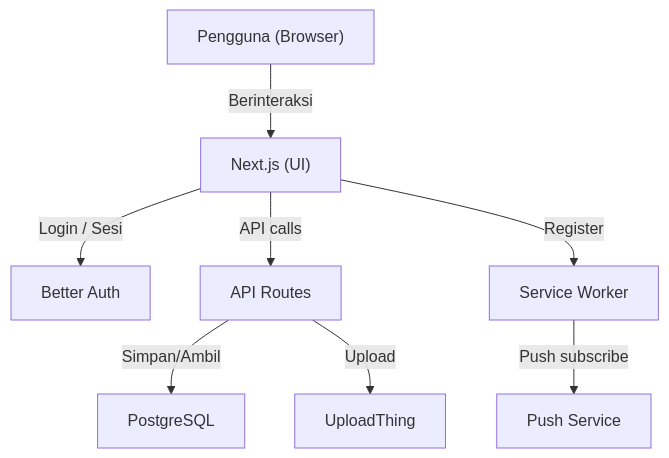
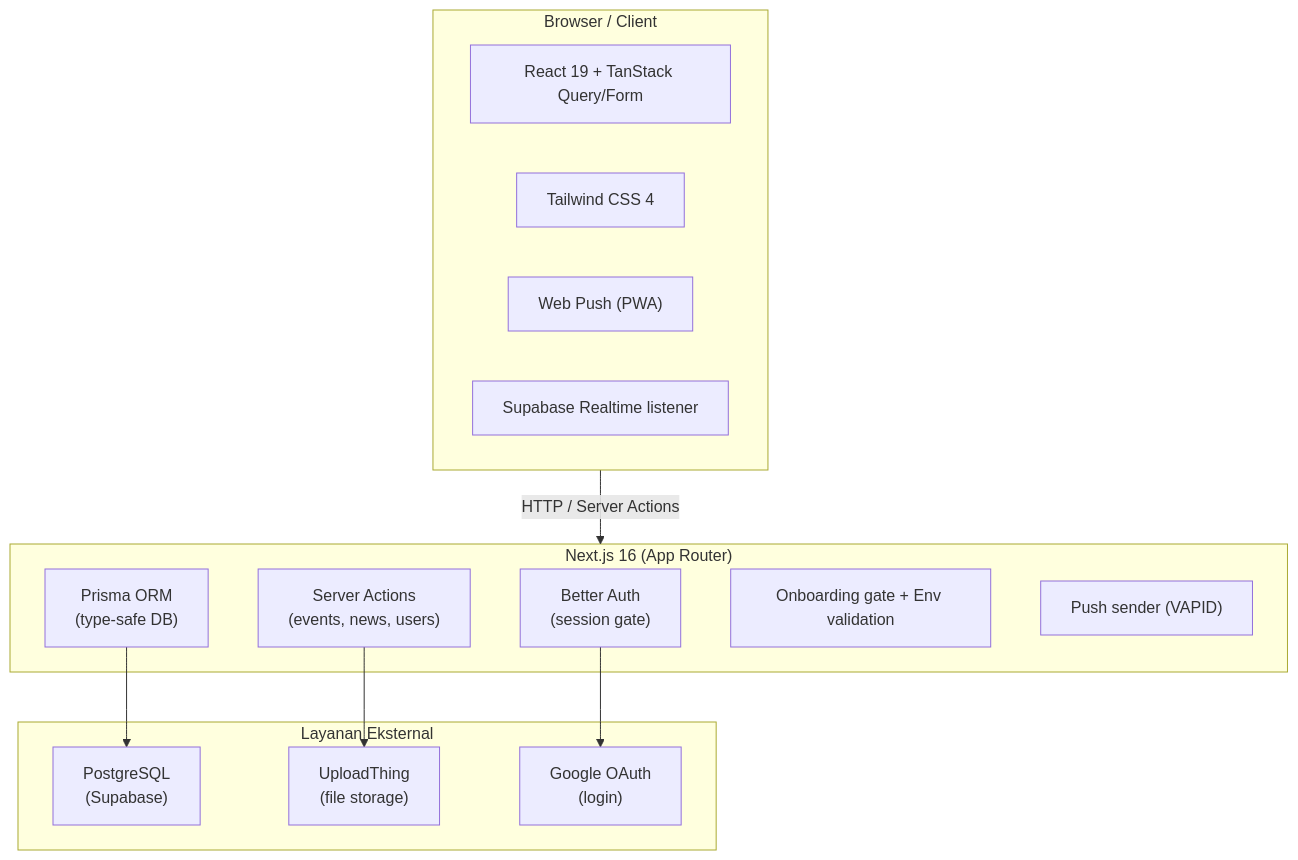
One commit to Arrantisi/ppi-bartin-web changed the first of 5 diagrams in README.md. Above: the diagram before and after it, drawn with Mermaid. The commit also changed other lines of this file, not shown here.

Commit message:
feat: update README for clarity and structure, enhancing technical details and user guidance

````diff
--- a/README.md
+++ b/README.md
@@ -100,10 +44,28 @@
 ```mermaid
 graph TD
-	User["Pengguna (Browser)"] -->|Berinteraksi| Frontend["Next.js (UI)"]
-	Frontend -->|Login / Sesi| Auth["Better Auth"]
-	Frontend -->|API calls| API["API Routes"]
-	API -->|Simpan/Ambil| DB["PostgreSQL"]
-	API -->|Upload| Upload["UploadThing"]
-	Frontend -->|Register| SW["Service Worker"]
-	SW -->|Push subscribe| Push["Push Service"]
+    subgraph Client["Browser / Client"]
+        React["React 19 + TanStack Query/Form"]
+        Tailwind["Tailwind CSS 4"]
+        PWA["Web Push (PWA)"]
+        RT["Supabase Realtime listener"]
+    end
+
+    subgraph Server["Next.js 16 (App Router)"]
+        Auth["Better Auth\n(session gate)"]
+        Actions["Server Actions\n(events, news, users)"]
+        Prisma["Prisma ORM\n(type-safe DB)"]
+        Gate["Onboarding gate + Env validation"]
+        Push["Push sender (VAPID)"]
+    end
+
+    subgraph External["Layanan Eksternal"]
+        PG["PostgreSQL\n(Supabase)"]
+        UT["UploadThing\n(file storage)"]
+        GO["Google OAuth\n(login)"]
+    end
+
+    Client -->|"HTTP / Server Actions"| Server
+    Prisma --> PG
+    Actions --> UT
+    Auth --> GO
 ```
````
